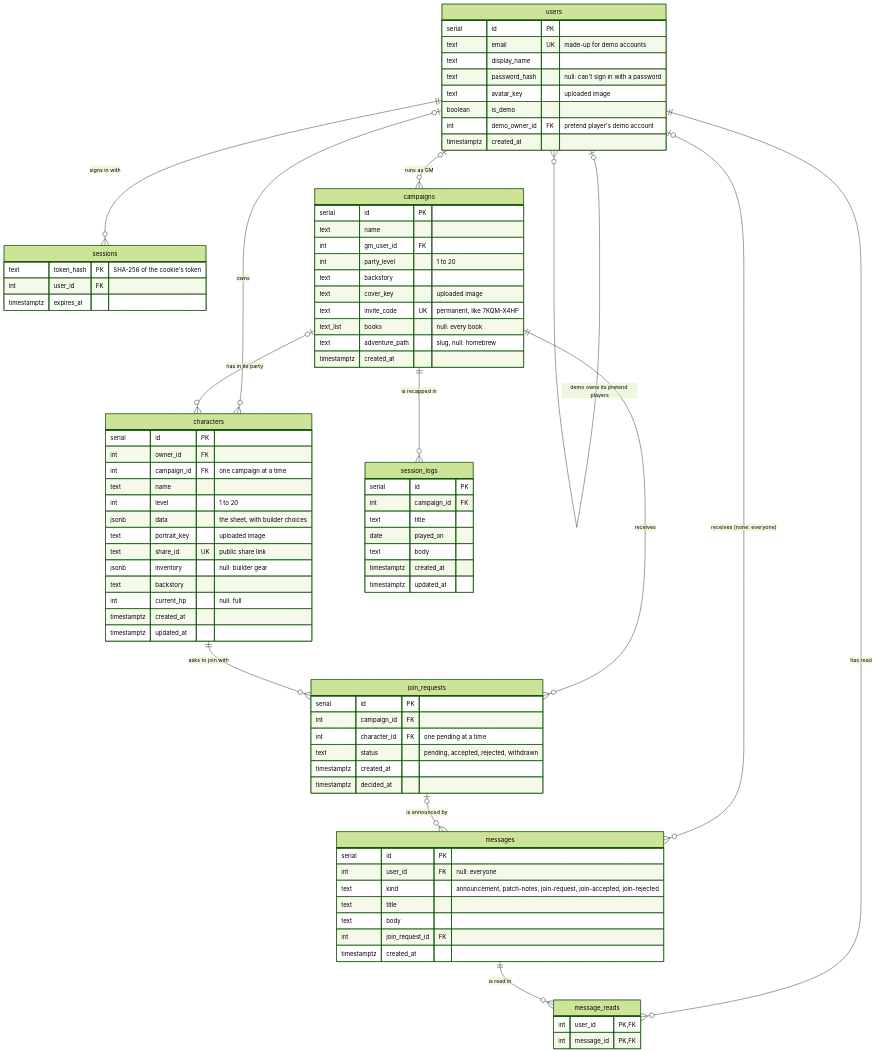
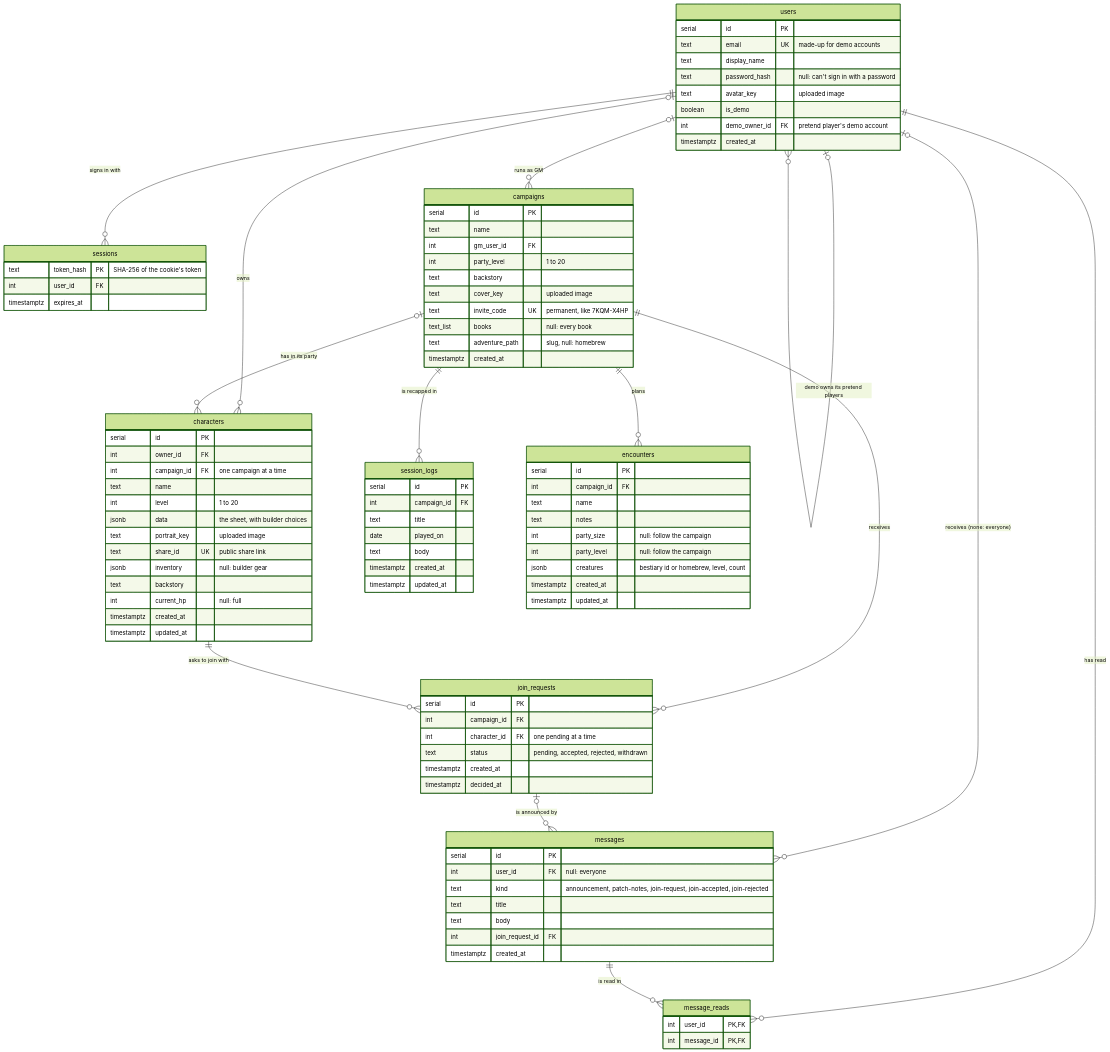
One commit to AnthonyCost/RollBound-Refresh changed the diagram in docs/database-schema.md. Above: the diagram before and after it, drawn with Mermaid (forest theme). The commit also changed other lines of this file and 10 other files, not shown here.

```diff
--- a/docs/database-schema.md
+++ b/docs/database-schema.md
@@ -13,6 +13,7 @@
     campaigns ||--o{ join_requests : "receives"
     characters ||--o{ join_requests : "asks to join with"
     campaigns ||--o{ session_logs : "is recapped in"
+    campaigns ||--o{ encounters : "plans"
     users |o--o{ messages : "receives (none: everyone)"
     join_requests |o--o{ messages : "is announced by"
     users ||--o{ message_reads : "has read"
@@ -77,6 +78,17 @@
         int join_request_id FK
         timestamptz created_at
     }
+    encounters {
+        serial id PK
+        int campaign_id FK
+        text name
+        text notes
+        int party_size "null: follow the campaign"
+        int party_level "null: follow the campaign"
+        jsonb creatures "bestiary id or homebrew, level, count"
+        timestamptz created_at
+        timestamptz updated_at
+    }
     message_reads {
         int user_id PK, FK
         int message_id PK, FK
```
